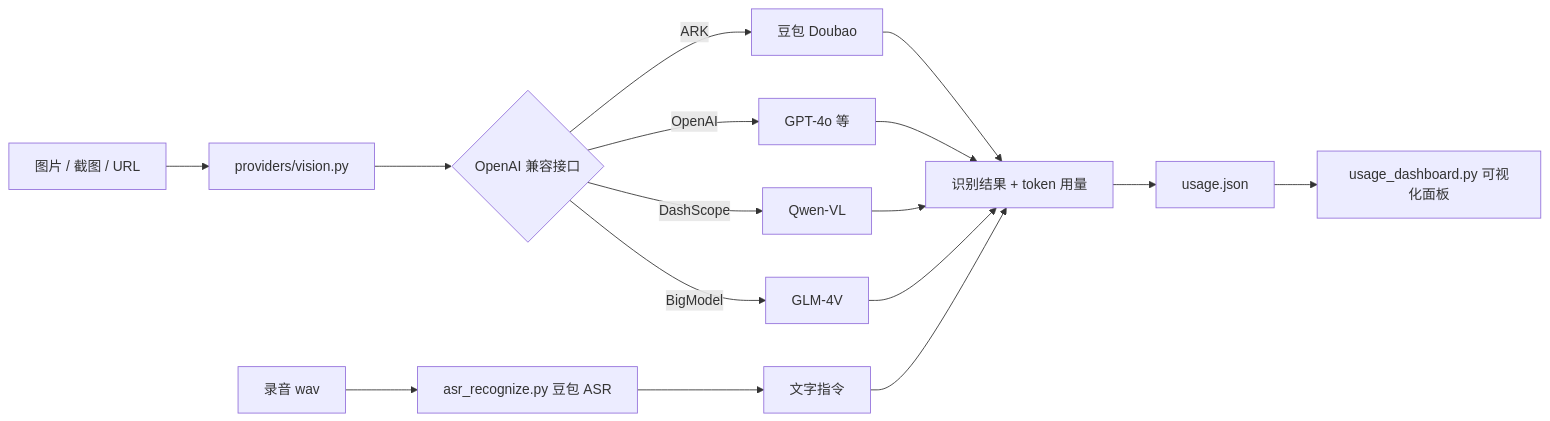
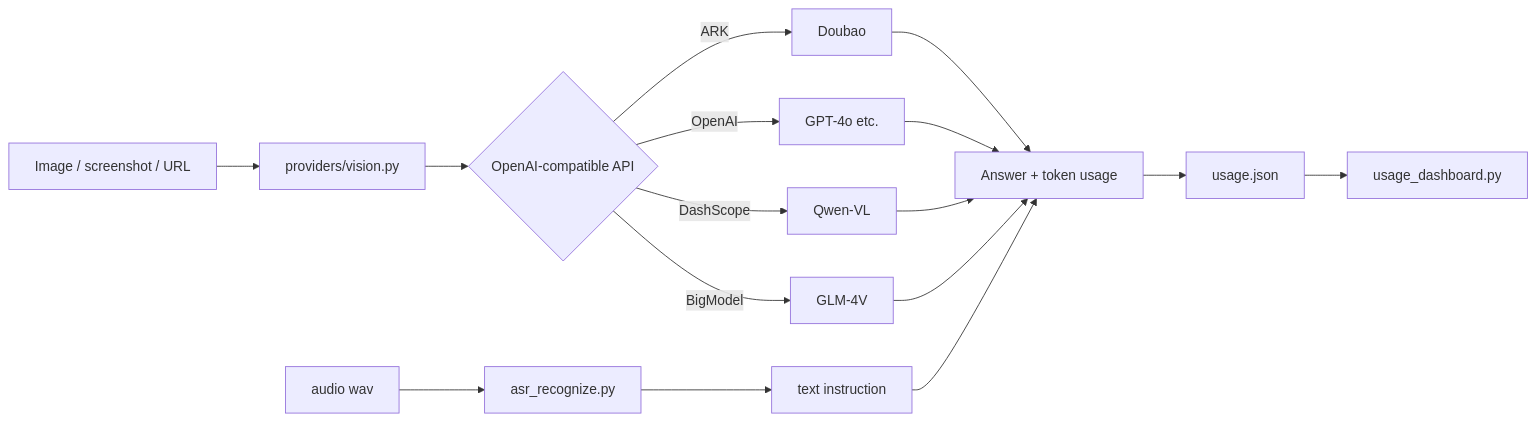
The diagram in README.md (xianshengf556-a11y/Multimodal-skill), drawn with Mermaid before and after one commit. The commit also changed other lines of this file and 4 other files, not shown here.

Commit message:
Dark tech-style dashboard; README.md now English with README.zh-CN.md; PrintWindow screenshot capture

````diff
--- a/README.md
+++ b/README.md
@@ -28,14 +30,14 @@
 ```mermaid
 flowchart LR
-    A[图片 / 截图 / URL] --> B[providers/vision.py]
-    B --> C{OpenAI 兼容接口}
-    C -->|ARK| D[豆包 Doubao]
-    C -->|OpenAI| E[GPT-4o 等]
+    A[Image / screenshot / URL] --> B[providers/vision.py]
+    B --> C{OpenAI-compatible API}
+    C -->|ARK| D[Doubao]
+    C -->|OpenAI| E[GPT-4o etc.]
     C -->|DashScope| F[Qwen-VL]
     C -->|BigModel| G[GLM-4V]
-    D & E & F & G --> H[识别结果 + token 用量]
+    D & E & F & G --> H[Answer + token usage]
     H --> I[usage.json]
-    I --> J[usage_dashboard.py 可视化面板]
-    K[录音 wav] --> L[asr_recognize.py 豆包 ASR]
-    L --> M[文字指令] --> H
+    I --> J[usage_dashboard.py]
+    K[audio wav] --> L[asr_recognize.py]
+    L --> M[text instruction] --> H
 ```
````
